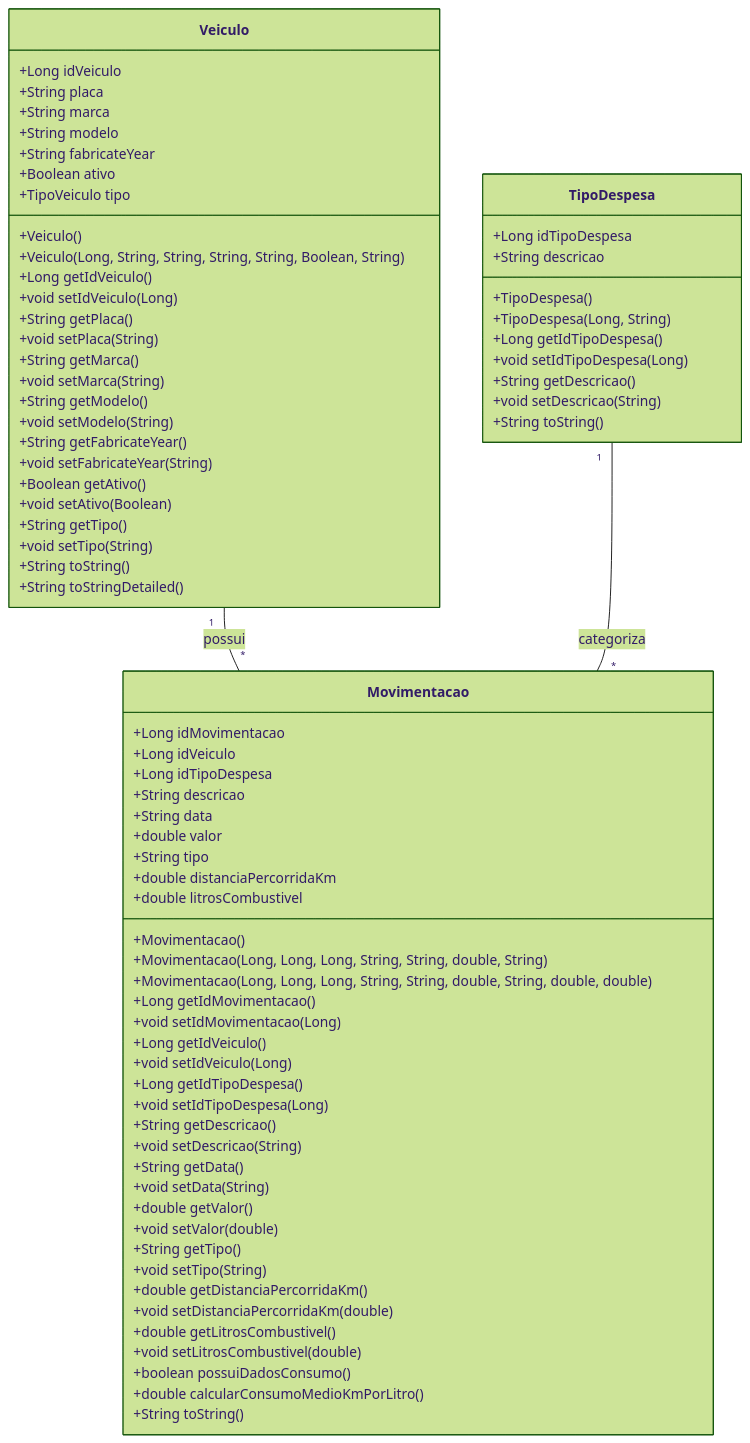
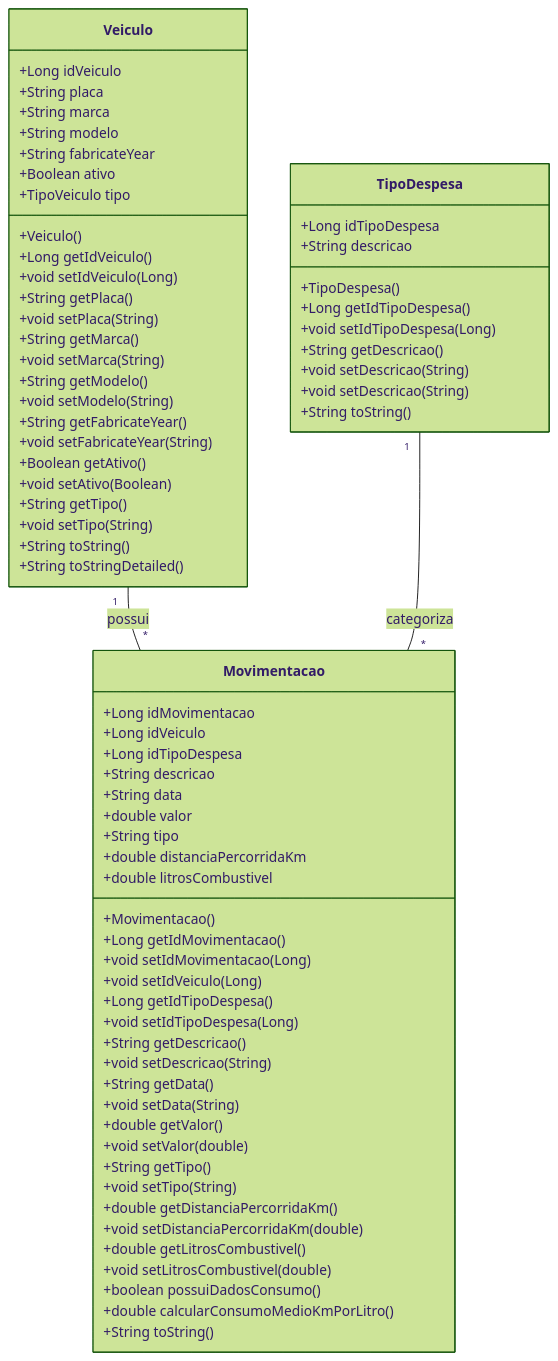
One commit to Sidney-Emanuel-Oliveira/SistemaDeFrotas-PI changed the first of 2 diagrams in README.md. Above: the diagram before and after it, drawn with Mermaid (forest theme). The commit also changed other lines of this file, not shown here.

````diff
--- a/README.md
+++ b/README.md
@@ -71,81 +71,77 @@
 ```mermaid
 classDiagram
     class Veiculo {
         +Long idVeiculo
         +String placa
         +String marca
         +String modelo
         +String fabricateYear
         +Boolean ativo
         +TipoVeiculo tipo
         +Veiculo()
-        +Veiculo(Long, String, String, String, String, Boolean, String)
         +Long getIdVeiculo()
         +void setIdVeiculo(Long)
         +String getPlaca()
         +void setPlaca(String)
         +String getMarca()
         +void setMarca(String)
         +String getModelo()
         +void setModelo(String)
         +String getFabricateYear()
         +void setFabricateYear(String)
         +Boolean getAtivo()
         +void setAtivo(Boolean)
         +String getTipo()
         +void setTipo(String)
         +String toString()
         +String toStringDetailed()
     }
 
     class Movimentacao {
         +Long idMovimentacao
         +Long idVeiculo
         +Long idTipoDespesa
         +String descricao
         +String data
         +double valor
         +String tipo
         +double distanciaPercorridaKm
         +double litrosCombustivel
         +Movimentacao()
-        +Movimentacao(Long, Long, Long, String, String, double, String)
-        +Movimentacao(Long, Long, Long, String, String, double, String, double, double)
         +Long getIdMovimentacao()
         +void setIdMovimentacao(Long)
-        +Long getIdVeiculo()
         +void setIdVeiculo(Long)
         +Long getIdTipoDespesa()
         +void setIdTipoDespesa(Long)
         +String getDescricao()
         +void setDescricao(String)
         +String getData()
         +void setData(String)
         +double getValor()
         +void setValor(double)
         +String getTipo()
         +void setTipo(String)
         +double getDistanciaPercorridaKm()
         +void setDistanciaPercorridaKm(double)
         +double getLitrosCombustivel()
         +void setLitrosCombustivel(double)
         +boolean possuiDadosConsumo()
         +double calcularConsumoMedioKmPorLitro()
         +String toString()
     }
 
     class TipoDespesa {
         +Long idTipoDespesa
         +String descricao
         +TipoDespesa()
-        +TipoDespesa(Long, String)
         +Long getIdTipoDespesa()
         +void setIdTipoDespesa(Long)
         +String getDescricao()
+        +void setDescricao(String)
         +void setDescricao(String)
         +String toString()
     }
 
     Veiculo "1" -- "*" Movimentacao : possui
     TipoDespesa "1" -- "*" Movimentacao : categoriza
 ```
````
